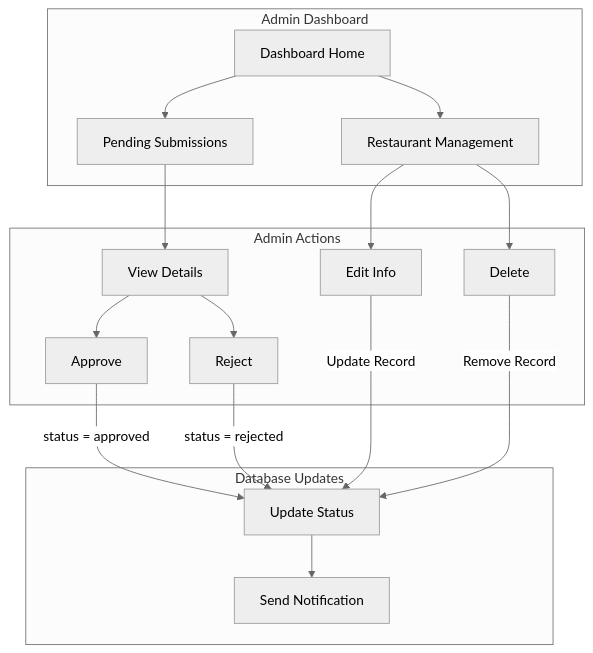
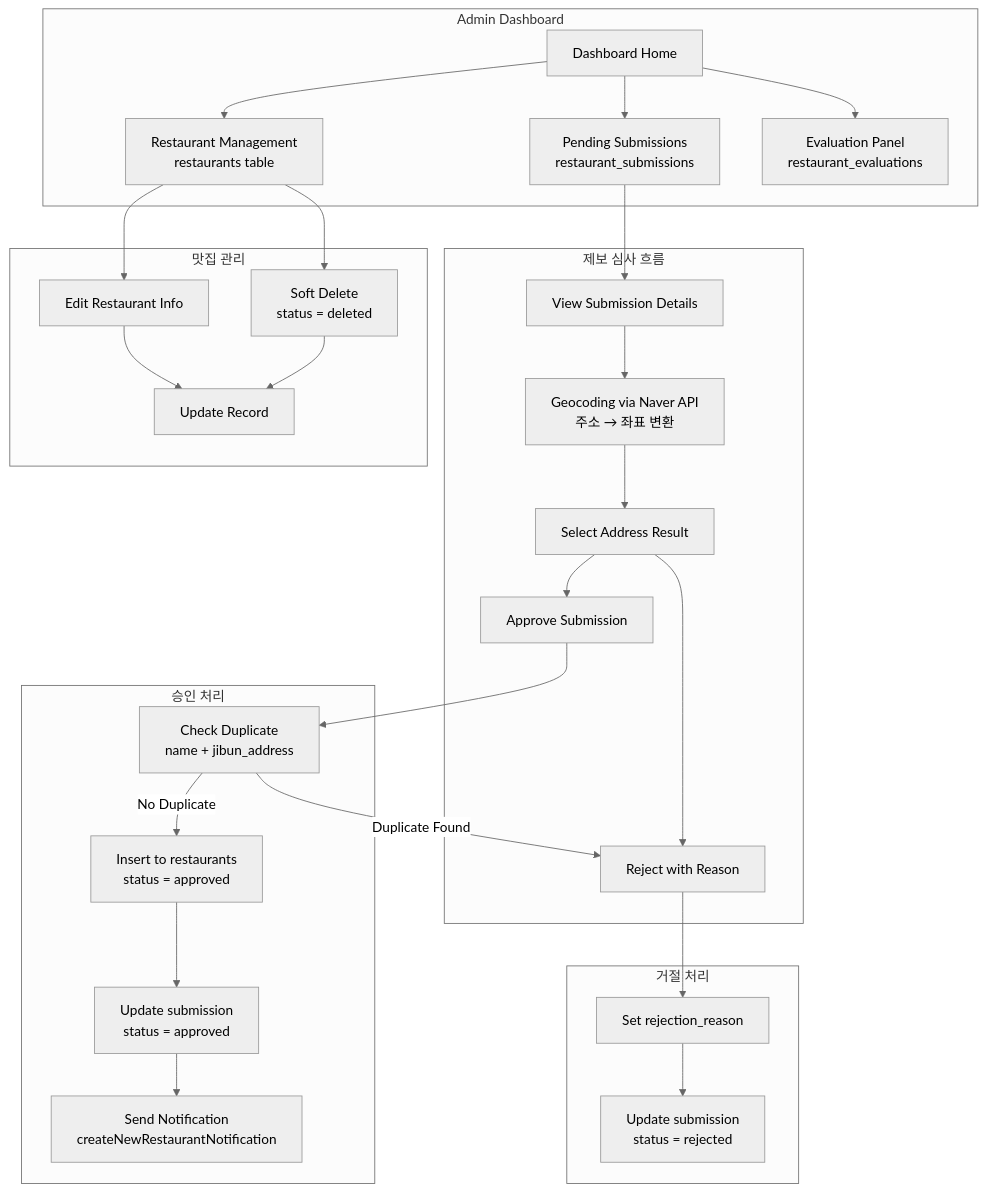
Before and after one commit to twoimo/tzudong: the diagram in .davia/assets/mermaids/admin-flow.mmd, drawn with Mermaid (neutral theme). The commit also changed 5 other files, not shown here.

Commit message:
docs: Update architecture and flow diagrams to reflect authentication and submission processes

```diff
--- a/.davia/assets/mermaids/admin-flow.mmd
+++ b/.davia/assets/mermaids/admin-flow.mmd
@@ -1,35 +1,57 @@
 flowchart TD
     subgraph Admin["Admin Dashboard"]
         DASH[Dashboard Home]
-        PENDING[Pending Submissions]
-        MANAGE[Restaurant Management]
+        PENDING[Pending Submissions<br/>restaurant_submissions]
+        MANAGE[Restaurant Management<br/>restaurants table]
+        EVAL[Evaluation Panel<br/>restaurant_evaluations]
     end
 
-    subgraph Actions["Admin Actions"]
-        VIEW[View Details]
-        APPROVE[Approve]
-        REJECT[Reject]
-        EDIT[Edit Info]
-        DELETE[Delete]
+    subgraph ReviewFlow["제보 심사 흐름"]
+        VIEW[View Submission Details]
+        GEO[Geocoding via Naver API<br/>주소 → 좌표 변환]
+        SELECT_ADDR[Select Address Result]
+        APPROVE[Approve Submission]
+        REJECT[Reject with Reason]
     end
 
-    subgraph Database["Database Updates"]
-        STATUS[Update Status]
-        NOTIFY[Send Notification]
+    subgraph ApproveActions["승인 처리"]
+        CHECK_DUP[Check Duplicate<br/>name + jibun_address]
+        INSERT_REST[Insert to restaurants<br/>status = approved]
+        UPDATE_SUB[Update submission<br/>status = approved]
+        NOTIFY[Send Notification<br/>createNewRestaurantNotification]
+    end
+
+    subgraph RejectActions["거절 처리"]
+        SET_REASON[Set rejection_reason]
+        UPDATE_REJ[Update submission<br/>status = rejected]
+    end
+
+    subgraph ManageFlow["맛집 관리"]
+        EDIT[Edit Restaurant Info]
+        DELETE[Soft Delete<br/>status = deleted]
+        UPDATE_REC[Update Record]
     end
 
     DASH --> PENDING
     DASH --> MANAGE
+    DASH --> EVAL
 
     PENDING --> VIEW
-    VIEW --> APPROVE
-    VIEW --> REJECT
+    VIEW --> GEO
+    GEO --> SELECT_ADDR
+    SELECT_ADDR --> APPROVE
+    SELECT_ADDR --> REJECT
 
-    APPROVE -->|status = approved| STATUS
-    REJECT -->|status = rejected| STATUS
-    STATUS --> NOTIFY
+    APPROVE --> CHECK_DUP
+    CHECK_DUP -->|No Duplicate| INSERT_REST
+    CHECK_DUP -->|Duplicate Found| REJECT
+    INSERT_REST --> UPDATE_SUB
+    UPDATE_SUB --> NOTIFY
+
+    REJECT --> SET_REASON
+    SET_REASON --> UPDATE_REJ
 
     MANAGE --> EDIT
     MANAGE --> DELETE
-    EDIT -->|Update Record| STATUS
-    DELETE -->|Remove Record| STATUS
+    EDIT --> UPDATE_REC
+    DELETE --> UPDATE_REC
```
